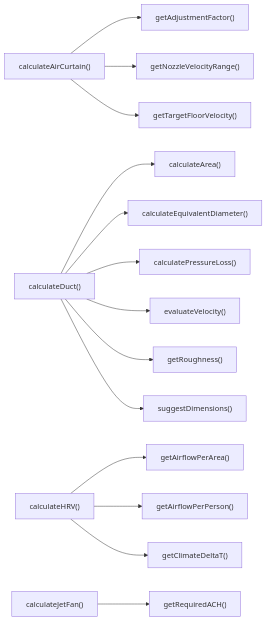
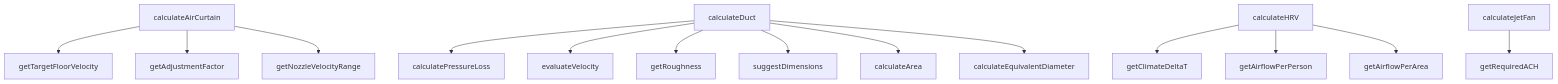
Before and after one commit to peckop/venthub-hvac-esite: the diagram in src/lib/hvacCalculations.md, drawn with Mermaid. The commit also changed other lines of this file and 488 other files, not shown here.

````diff
--- a/src/lib/hvacCalculations.md
+++ b/src/lib/hvacCalculations.md
@@ -542,16 +586,33 @@
 ```mermaid
-graph LR
-    calculateAirCurtain["calculateAirCurtain()"] --> getAdjustmentFactor["getAdjustmentFactor()"]
-    calculateAirCurtain["calculateAirCurtain()"] --> getNozzleVelocityRange["getNozzleVelocityRange()"]
-    calculateAirCurtain["calculateAirCurtain()"] --> getTargetFloorVelocity["getTargetFloorVelocity()"]
-    calculateDuct["calculateDuct()"] --> calculateArea["calculateArea()"]
-    calculateDuct["calculateDuct()"] --> calculateEquivalentDiameter["calculateEquivalentDiameter()"]
-    calculateDuct["calculateDuct()"] --> calculatePressureLoss["calculatePressureLoss()"]
-    calculateDuct["calculateDuct()"] --> evaluateVelocity["evaluateVelocity()"]
-    calculateDuct["calculateDuct()"] --> getRoughness["getRoughness()"]
-    calculateDuct["calculateDuct()"] --> suggestDimensions["suggestDimensions()"]
-    calculateHRV["calculateHRV()"] --> getAirflowPerArea["getAirflowPerArea()"]
-    calculateHRV["calculateHRV()"] --> getAirflowPerPerson["getAirflowPerPerson()"]
-    calculateHRV["calculateHRV()"] --> getClimateDeltaT["getClimateDeltaT()"]
-    calculateJetFan["calculateJetFan()"] --> getRequiredACH["getRequiredACH()"]
+graph TD
+    hvacCalculations_ts__calculateAirCurtain["calculateAirCurtain"]
+    hvacCalculations_ts__calculateArea["calculateArea"]
+    hvacCalculations_ts__calculateDuct["calculateDuct"]
+    hvacCalculations_ts__calculateEquivalentDiameter["calculateEquivalentDiameter"]
+    hvacCalculations_ts__calculateHRV["calculateHRV"]
+    hvacCalculations_ts__calculateJetFan["calculateJetFan"]
+    hvacCalculations_ts__calculatePressureLoss["calculatePressureLoss"]
+    hvacCalculations_ts__evaluateVelocity["evaluateVelocity"]
+    hvacCalculations_ts__getAdjustmentFactor["getAdjustmentFactor"]
+    hvacCalculations_ts__getAirflowPerArea["getAirflowPerArea"]
+    hvacCalculations_ts__getAirflowPerPerson["getAirflowPerPerson"]
+    hvacCalculations_ts__getClimateDeltaT["getClimateDeltaT"]
+    hvacCalculations_ts__getNozzleVelocityRange["getNozzleVelocityRange"]
+    hvacCalculations_ts__getRequiredACH["getRequiredACH"]
+    hvacCalculations_ts__getRoughness["getRoughness"]
+    hvacCalculations_ts__getTargetFloorVelocity["getTargetFloorVelocity"]
+    hvacCalculations_ts__suggestDimensions["suggestDimensions"]
+    hvacCalculations_ts__calculateDuct --> hvacCalculations_ts__calculatePressureLoss
+    hvacCalculations_ts__calculateHRV --> hvacCalculations_ts__getClimateDeltaT
+    hvacCalculations_ts__calculateJetFan --> hvacCalculations_ts__getRequiredACH
+    hvacCalculations_ts__calculateDuct --> hvacCalculations_ts__evaluateVelocity
+    hvacCalculations_ts__calculateDuct --> hvacCalculations_ts__getRoughness
+    hvacCalculations_ts__calculateDuct --> hvacCalculations_ts__suggestDimensions
+    hvacCalculations_ts__calculateAirCurtain --> hvacCalculations_ts__getTargetFloorVelocity
+    hvacCalculations_ts__calculateDuct --> hvacCalculations_ts__calculateArea
+    hvacCalculations_ts__calculateAirCurtain --> hvacCalculations_ts__getAdjustmentFactor
+    hvacCalculations_ts__calculateAirCurtain --> hvacCalculations_ts__getNozzleVelocityRange
+    hvacCalculations_ts__calculateHRV --> hvacCalculations_ts__getAirflowPerPerson
+    hvacCalculations_ts__calculateHRV --> hvacCalculations_ts__getAirflowPerArea
+    hvacCalculations_ts__calculateDuct --> hvacCalculations_ts__calculateEquivalentDiameter
 ```
````
